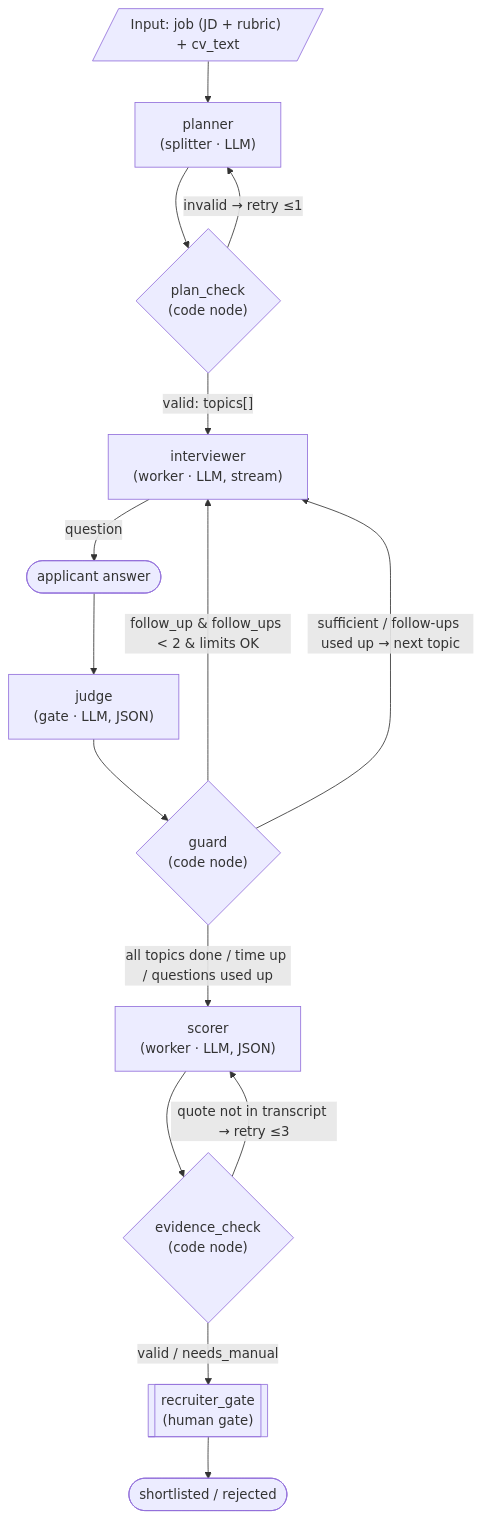
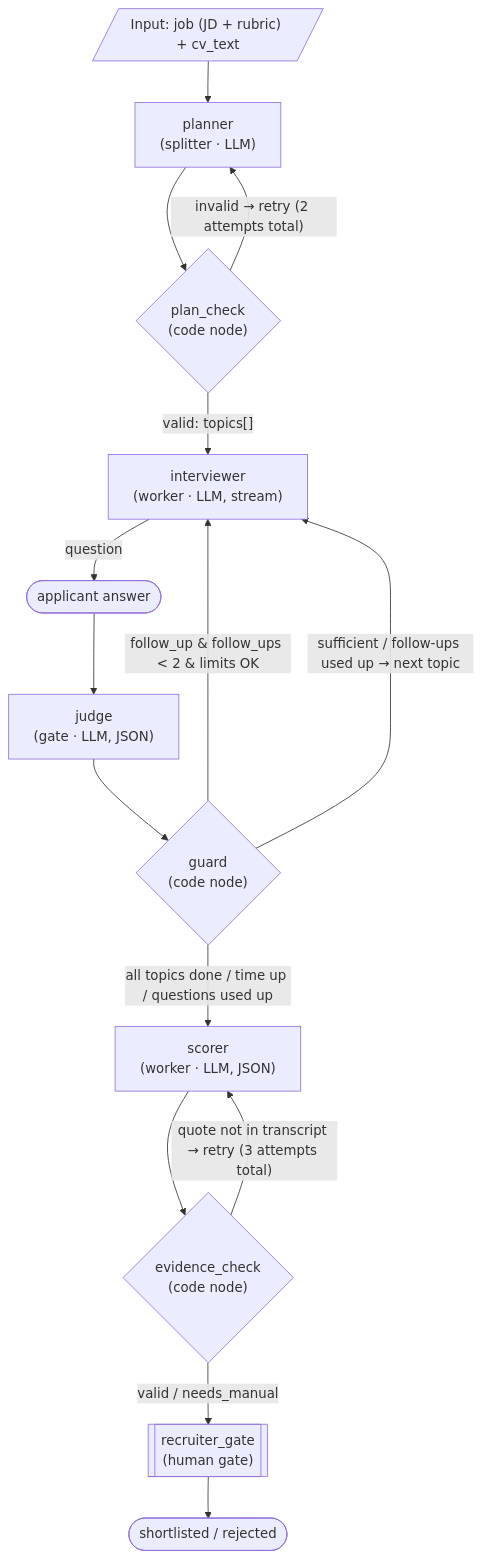
One commit to aangwijaya/talent-scout-server changed the diagram in docs/ARCHITECTURE.md. Above: the diagram before and after it, drawn with Mermaid. The commit also changed other lines of this file and 8 other files, not shown here.

````diff
--- a/docs/ARCHITECTURE.md
+++ b/docs/ARCHITECTURE.md
@@ -5,17 +5,17 @@
 ```mermaid
 flowchart TD
   IN[/"Input: job (JD + rubric) + cv_text"/] --> P
   P["planner<br/>(splitter · LLM)"] --> PC{"plan_check<br/>(code node)"}
-  PC -- "invalid → retry ≤1" --> P
+  PC -- "invalid → retry (2 attempts total)" --> P
   PC -- valid: topics[] --> I
   I["interviewer<br/>(worker · LLM, stream)"] -->|question| U(["applicant answer"])
   U --> J["judge<br/>(gate · LLM, JSON)"]
   J --> G{"guard<br/>(code node)"}
   G -- "follow_up & follow_ups < 2 & limits OK" --> I
   G -- "sufficient / follow-ups used up → next topic" --> I
   G -- "all topics done / time up / questions used up" --> S
   S["scorer<br/>(worker · LLM, JSON)"] --> E{"evidence_check<br/>(code node)"}
-  E -- "quote not in transcript → retry ≤3" --> S
+  E -- "quote not in transcript → retry (3 attempts total)" --> S
   E -- valid / needs_manual --> R
   R[["recruiter_gate<br/>(human gate)"]] --> D(["shortlisted / rejected"])
 ```
````
